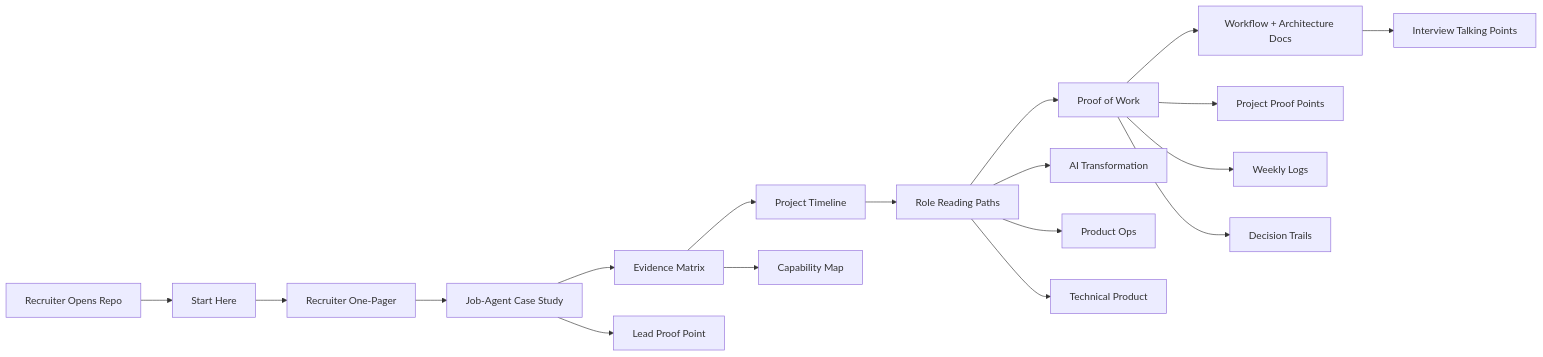
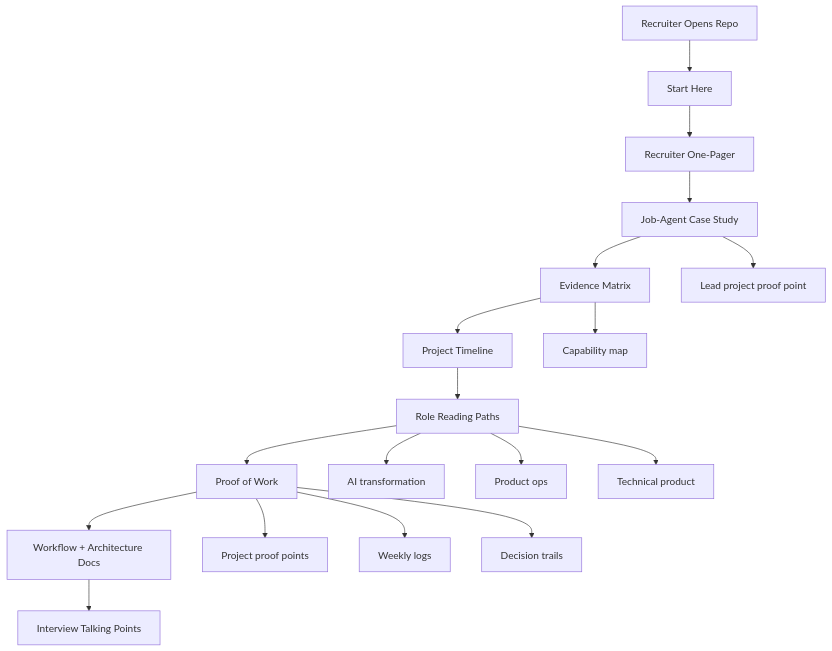
One commit to marcus-uden-dev/ai-native-proof-of-work changed the diagram in diagrams/RECRUITER_VIEW.md. Above: the diagram before and after it, drawn with Mermaid. The commit also changed 7 other files, not shown here.

Commit message:
Fix GitHub diagram rendering

````diff
--- a/diagrams/RECRUITER_VIEW.md
+++ b/diagrams/RECRUITER_VIEW.md
@@ -6,21 +6,21 @@
 ```mermaid
-flowchart LR
+flowchart TD
     A[Recruiter Opens Repo] --> B[Start Here]
     B --> C[Recruiter One-Pager]
     C --> D[Job-Agent Case Study]
     D --> E[Evidence Matrix]
     E --> F[Project Timeline]
     F --> G[Role Reading Paths]
     G --> H[Proof of Work]
     H --> I[Workflow + Architecture Docs]
     I --> J[Interview Talking Points]
 
-    D --> D1[Lead Proof Point]
-    E --> E1[Capability Map]
-    G --> G1[AI Transformation]
-    G --> G2[Product Ops]
-    G --> G3[Technical Product]
-    H --> H1[Project Proof Points]
-    H --> H2[Weekly Logs]
-    H --> H3[Decision Trails]
+    D --> D1[Lead project proof point]
+    E --> E1[Capability map]
+    G --> G1[AI transformation]
+    G --> G2[Product ops]
+    G --> G3[Technical product]
+    H --> H1[Project proof points]
+    H --> H2[Weekly logs]
+    H --> H3[Decision trails]
 ```
````
